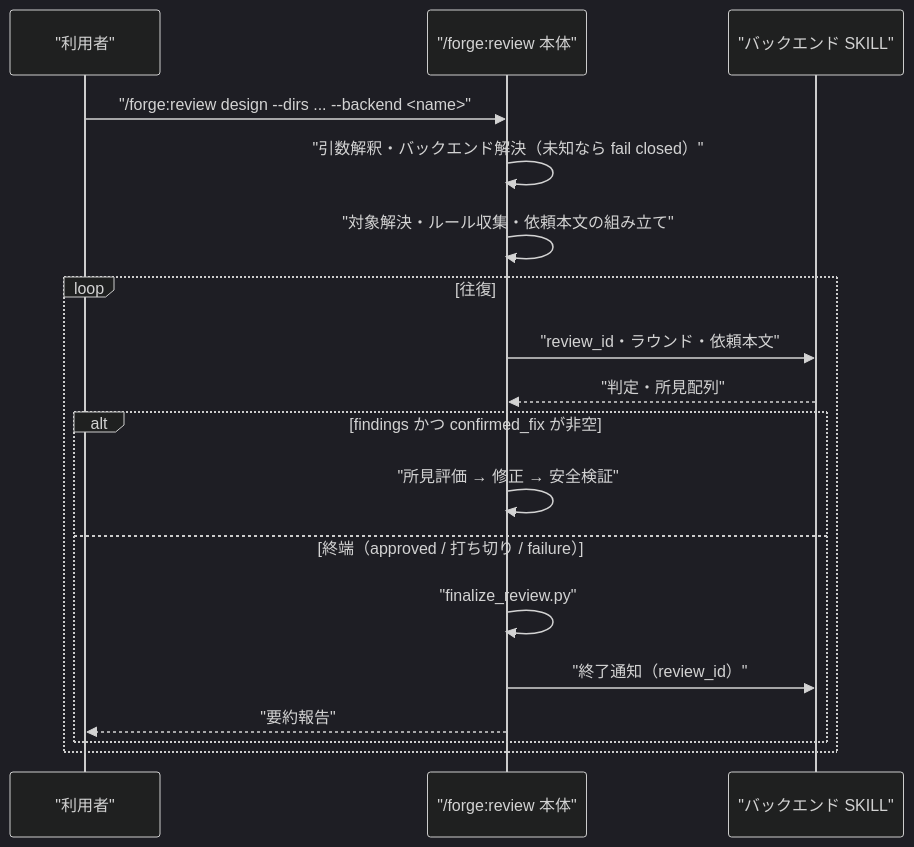
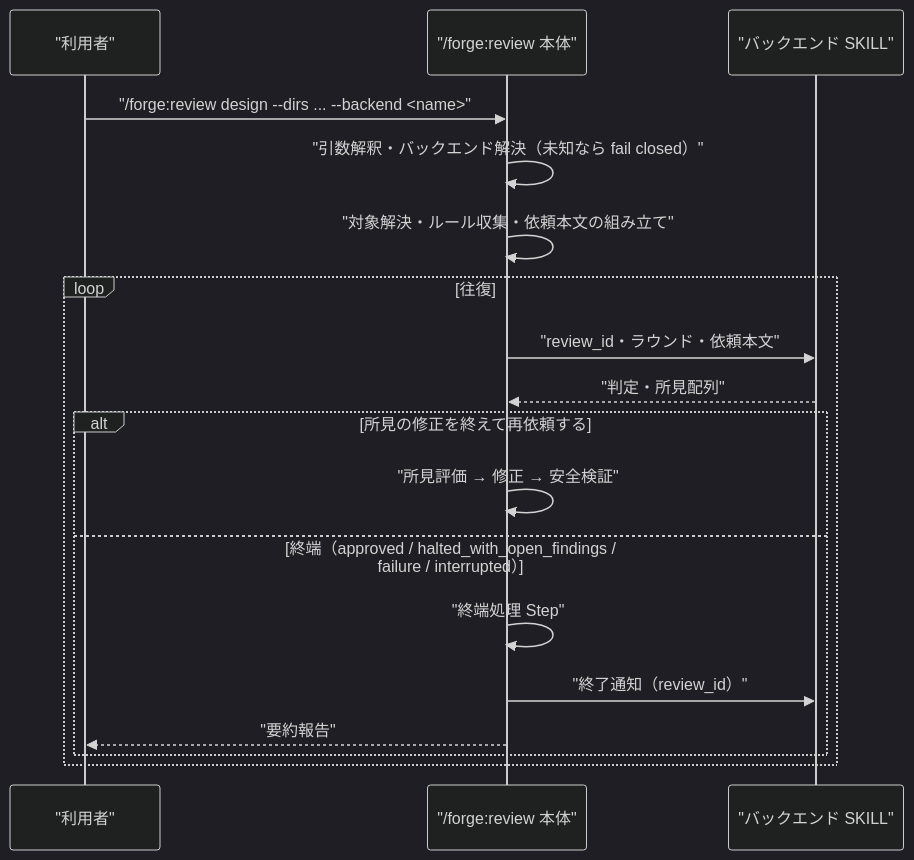
The second of 2 diagrams in docs/specs/forge/design/DES-066_review_body_design.md (BlueEventHorizon/bw-cc-plugins), drawn with Mermaid (dark theme) before and after one commit. The commit also changed other lines of this file and 8 other files, not shown here.

First line of the commit message:
refactor(forge): レビューの終端判定を単一の出口へ集約し finalize_review.py を廃止

````diff
--- a/docs/specs/forge/design/DES-066_review_body_design.md
+++ b/docs/specs/forge/design/DES-066_review_body_design.md
@@ -367,21 +371,21 @@
 ```mermaid
 sequenceDiagram
     participant U as "利用者"
     participant B as "/forge:review 本体"
     participant K as "バックエンド SKILL"
 
     U->>B: "/forge:review design --dirs ... --backend <name>"
     B->>B: "引数解釈・バックエンド解決（未知なら fail closed）"
     B->>B: "対象解決・ルール収集・依頼本文の組み立て"
     loop 往復
         B->>K: "review_id・ラウンド・依頼本文"
         K-->>B: "判定・所見配列"
-        alt findings かつ confirmed_fix が非空
+        alt 所見の修正を終えて再依頼する
             B->>B: "所見評価 → 修正 → 安全検証"
-        else 終端（approved / 打ち切り / failure）
-            B->>B: "finalize_review.py"
+        else 終端（approved / halted_with_open_findings / failure / interrupted）
+            B->>B: "終端処理 Step"
             B->>K: "終了通知（review_id）"
             B-->>U: "要約報告"
         end
     end
 ```
````
